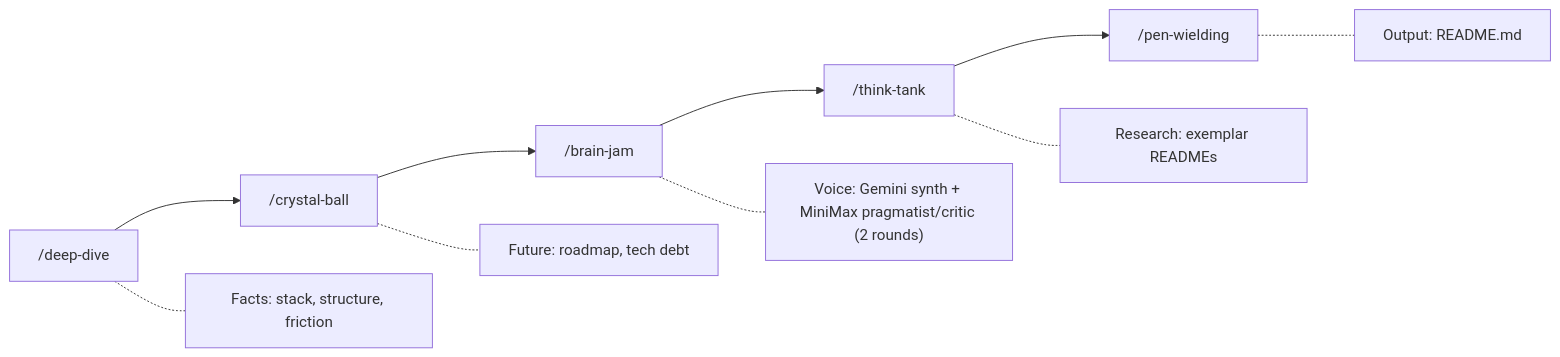
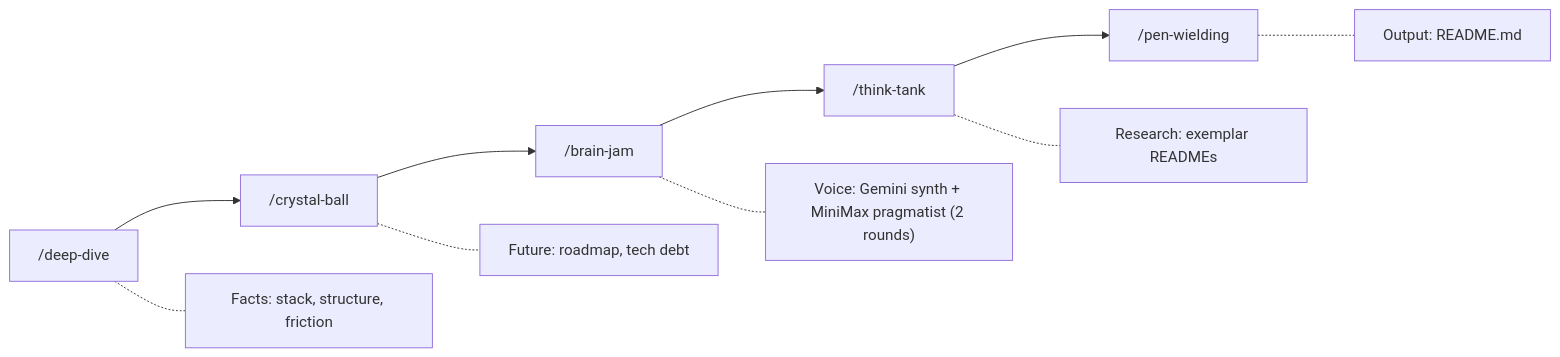
The diagram in README.md (kellenff/claudikins-github-readme-for-perfectionists), drawn with Mermaid before and after one commit. The commit also changed other lines of this file and 1 other file, not shown here.

````diff
--- a/README.md
+++ b/README.md
@@ -65,13 +79,13 @@
 ```mermaid
 flowchart LR
     A["/deep-dive"] --> B["/crystal-ball"]
     B --> C["/brain-jam"]
     C --> D["/think-tank"]
     D --> E["/pen-wielding"]
 
     A -.- A1["Facts: stack, structure, friction"]
     B -.- B1["Future: roadmap, tech debt"]
-    C -.- C1["Voice: Gemini synth + MiniMax pragmatist/critic (2 rounds)"]
+    C -.- C1["Voice: Gemini synth + MiniMax pragmatist (2 rounds)"]
     D -.- D1["Research: exemplar READMEs"]
     E -.- E1["Output: README.md"]
 ```
````
